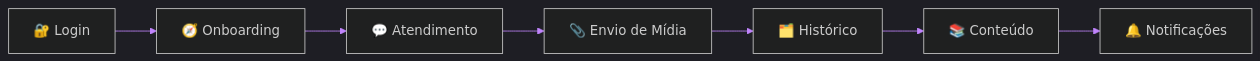
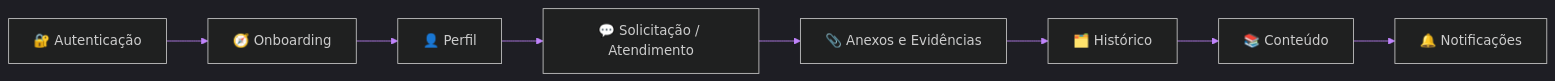
One commit to matheusdiamantino-betalent/questions-ai changed the fourth of 8 diagrams in test.md. Above: the diagram before and after it, drawn with Mermaid. The commit also changed other lines of this file, not shown here.

````diff
--- a/test.md
+++ b/test.md
@@ -393,18 +553,19 @@
 ```mermaid
 %%{init: {
 'theme':'dark',
 'themeVariables':{
 'background':'#030712',
 'primaryColor':'#22D3EE',
 'primaryTextColor':'#F8FAFC',
 'primaryBorderColor':'#A3E635',
 'lineColor':'#C084FC'
 }}}%%
 flowchart LR
-A[🔐 Login] --> B[🧭 Onboarding]
-B --> C[💬 Atendimento]
-C --> D[📎 Envio de Mídia]
-D --> E[🗂️ Histórico]
-E --> F[📚 Conteúdo]
-F --> G[🔔 Notificações]
+A[🔐 Autenticação] --> B[🧭 Onboarding]
+B --> C[👤 Perfil]
+C --> D[💬 Solicitação / Atendimento]
+D --> E[📎 Anexos e Evidências]
+E --> F[🗂️ Histórico]
+F --> G[📚 Conteúdo]
+G --> H[🔔 Notificações]
 ```
````
